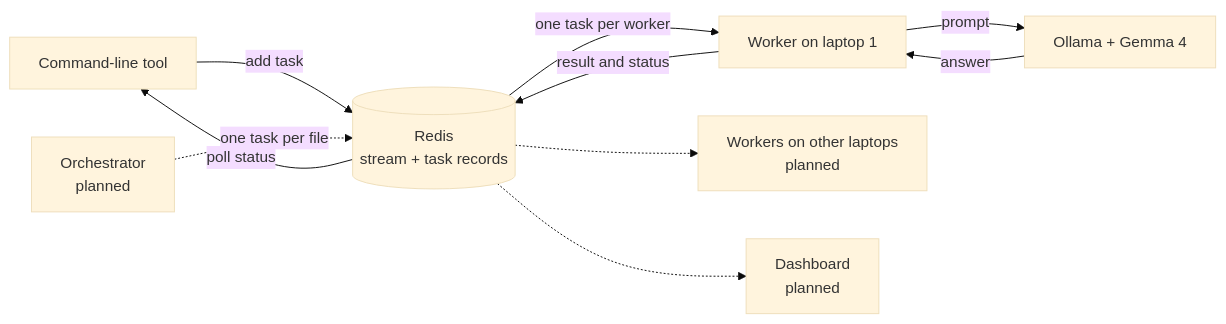
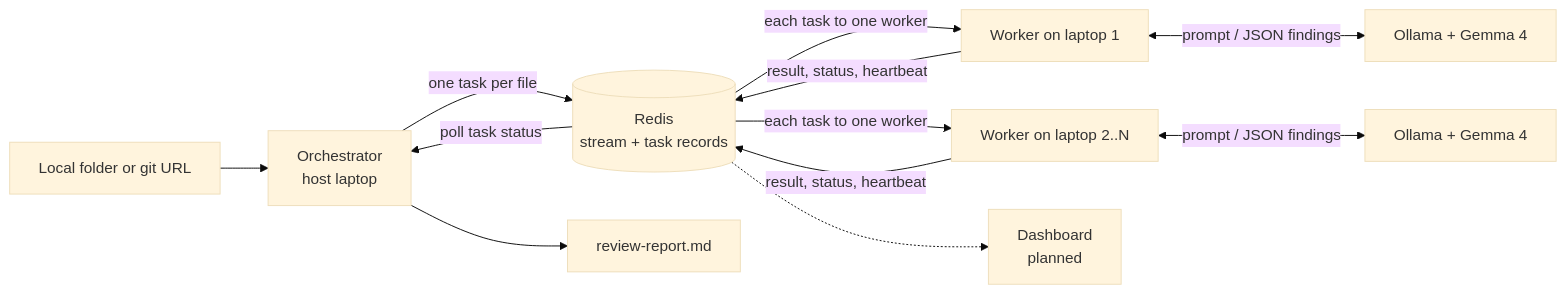
The diagram in README.md (VishnuVardhanNk/LapCluster), drawn with Mermaid (base theme) before and after one commit. The commit also changed other lines of this file and 2 other files, not shown here.

Commit message:
Document repository review and multi-laptop setup

````diff
--- a/README.md
+++ b/README.md
@@ -61,13 +63,14 @@
 ```mermaid
 flowchart LR
-    CLI[Command-line tool] -->|add task| R[(Redis<br/>stream + task records)]
-    R -->|one task per worker| W1[Worker on laptop 1]
-    W1 -->|prompt| O1[Ollama + Gemma 4]
-    O1 -->|answer| W1
-    W1 -->|result and status| R
-    R -->|poll status| CLI
-
-    ORC[Orchestrator<br/>planned] -.->|one task per file| R
-    R -.-> W2[Workers on other laptops<br/>planned]
+    SRC[Local folder or git URL] --> ORC[Orchestrator<br/>host laptop]
+    ORC -->|one task per file| R[(Redis<br/>stream + task records)]
+    R -->|each task to one worker| W1[Worker on laptop 1]
+    R -->|each task to one worker| W2[Worker on laptop 2..N]
+    W1 <-->|prompt / JSON findings| O1[Ollama + Gemma 4]
+    W2 <-->|prompt / JSON findings| O2[Ollama + Gemma 4]
+    W1 -->|result, status, heartbeat| R
+    W2 -->|result, status, heartbeat| R
+    R -->|poll task status| ORC
+    ORC --> REP[review-report.md]
     R -.-> D[Dashboard<br/>planned]
 ```
````
